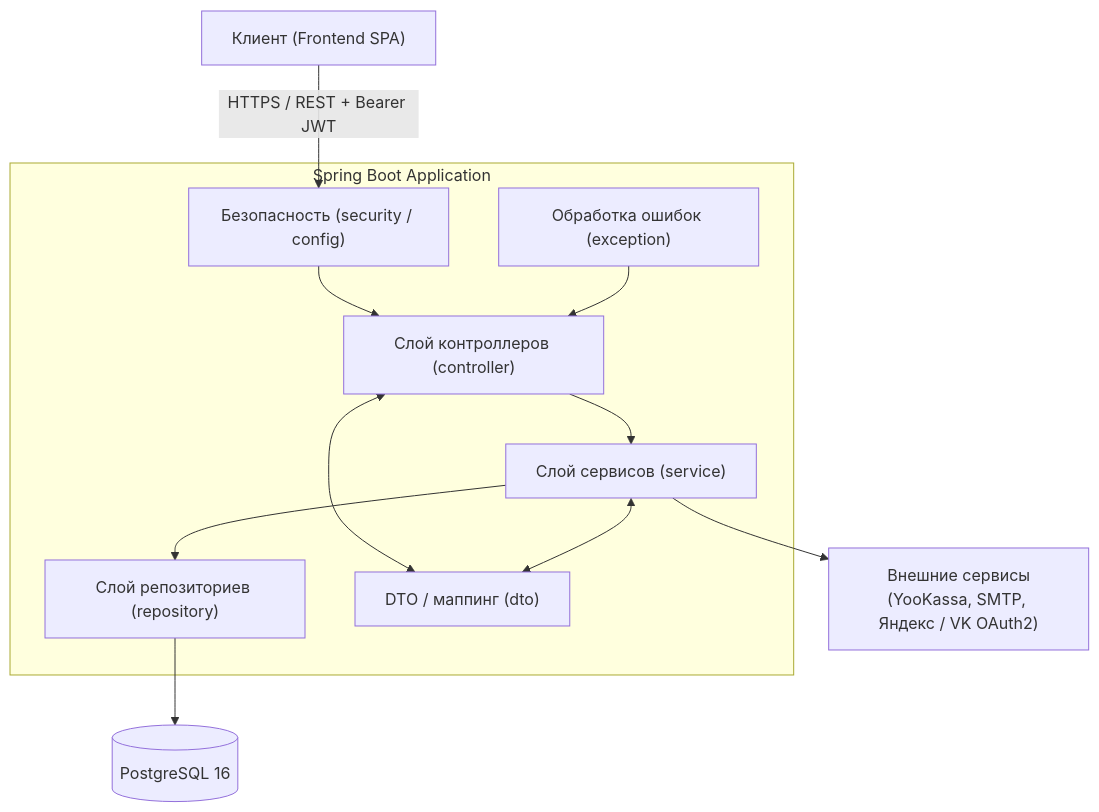
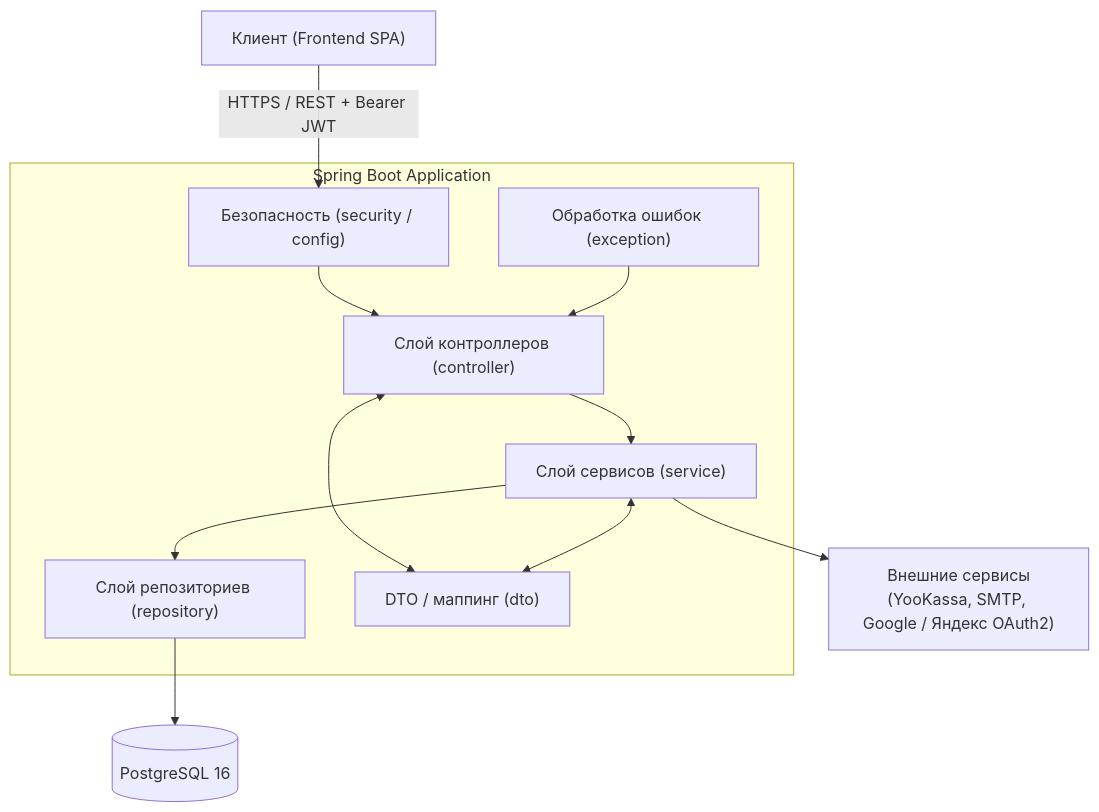
Before and after one commit to akarui-shi/festival-app: the third of 13 diagrams in diplom/diplom.md, drawn with Mermaid. The commit also changed other lines of this file, not shown here.

````diff
--- a/diplom/diplom.md
+++ b/diplom/diplom.md
@@ -883,26 +913,26 @@
 ```mermaid
 graph TD
-Client["Клиент (Frontend SPA)"]
+  Client["Клиент (Frontend SPA)"]
 
-subgraph "Spring Boot Application"
-Controller["Слой контроллеров (controller)"]
-Service["Слой сервисов (service)"]
-Repository["Слой репозиториев (repository)"]
-Security["Безопасность (security / config)"]
-DTO["DTO / маппинг (dto)"]
-Exception["Обработка ошибок (exception)"]
-end
+  subgraph "Spring Boot Application"
+    Controller["Слой контроллеров (controller)"]
+    Service["Слой сервисов (service)"]
+    Repository["Слой репозиториев (repository)"]
+    Security["Безопасность (security / config)"]
+    DTO["DTO / маппинг (dto)"]
+    Exception["Обработка ошибок (exception)"]
+  end
 
-DB[("PostgreSQL 16")]
-External["Внешние сервисы\n(YooKassa, SMTP, Яндекс / VK OAuth2)"]
+  DB[("PostgreSQL 16")]
+  External["Внешние сервисы\n(YooKassa, SMTP, Google / Яндекс OAuth2)"]
 
-Client -- "HTTPS / REST + Bearer JWT" --> Security
-Security --> Controller
-Controller --> Service
-Controller <--> DTO
-Service <--> DTO
-Service --> Repository
-    Service --> External
-    Repository --> DB
-    Exception --> Controller
+  Client -- "HTTPS / REST + Bearer JWT" --> Security
+  Security --> Controller
+  Controller --> Service
+  Controller <--> DTO
+  Service <--> DTO
+  Service --> Repository
+  Service --> External
+  Repository --> DB
+  Exception --> Controller
 ```
````
